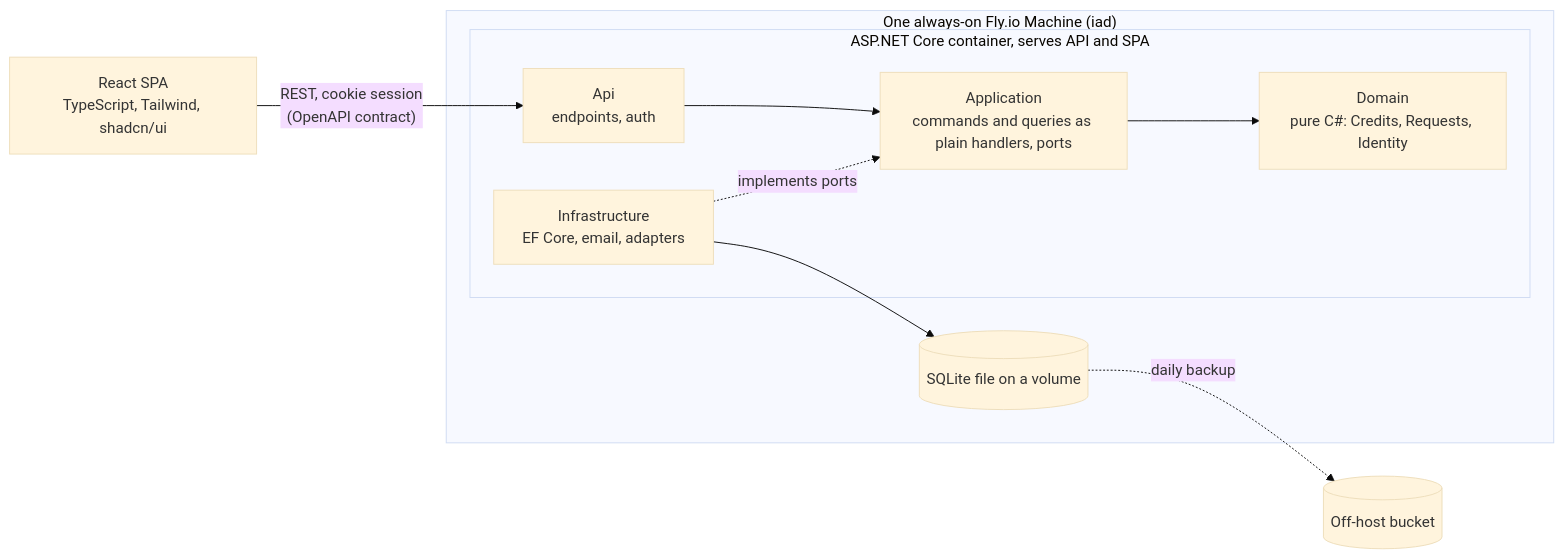
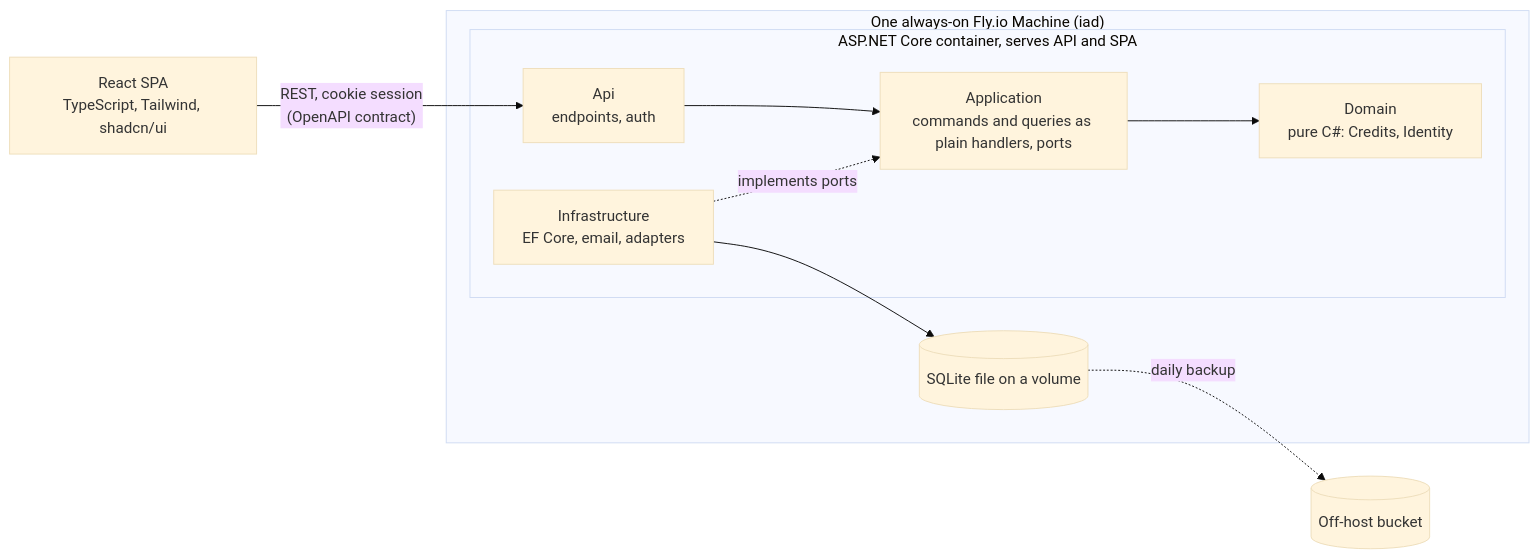
One commit to robkeim/babysitting-pool changed the diagram in README.md. Above: the diagram before and after it, drawn with Mermaid (base theme). The commit also changed 1 other file, not shown here.

Commit message:
docs(readme): fix Domain label and keep ADR 0013 table row unchanged

````diff
--- a/README.md
+++ b/README.md
@@ -25,16 +25,16 @@
 ```mermaid
 flowchart LR
     spa["React SPA<br/>TypeScript, Tailwind, shadcn/ui"] -->|"REST, cookie session<br/>(OpenAPI contract)"| api
 
     subgraph fly["One always-on Fly.io Machine (iad)"]
         subgraph app["ASP.NET Core container, serves API and SPA"]
             api["Api<br/>endpoints, auth"] --> application
-            application["Application<br/>commands and queries as plain handlers, ports"] --> domain["Domain<br/>pure C#: Credits, Requests, Identity"]
+            application["Application<br/>commands and queries as plain handlers, ports"] --> domain["Domain<br/>pure C#: Credits, Identity"]
             infra["Infrastructure<br/>EF Core, email, adapters"] -. implements ports .-> application
         end
         db[("SQLite file on a volume")]
     end
 
     infra --> db
     db -. "daily backup" .-> backup[("Off-host bucket")]
 ```
````
